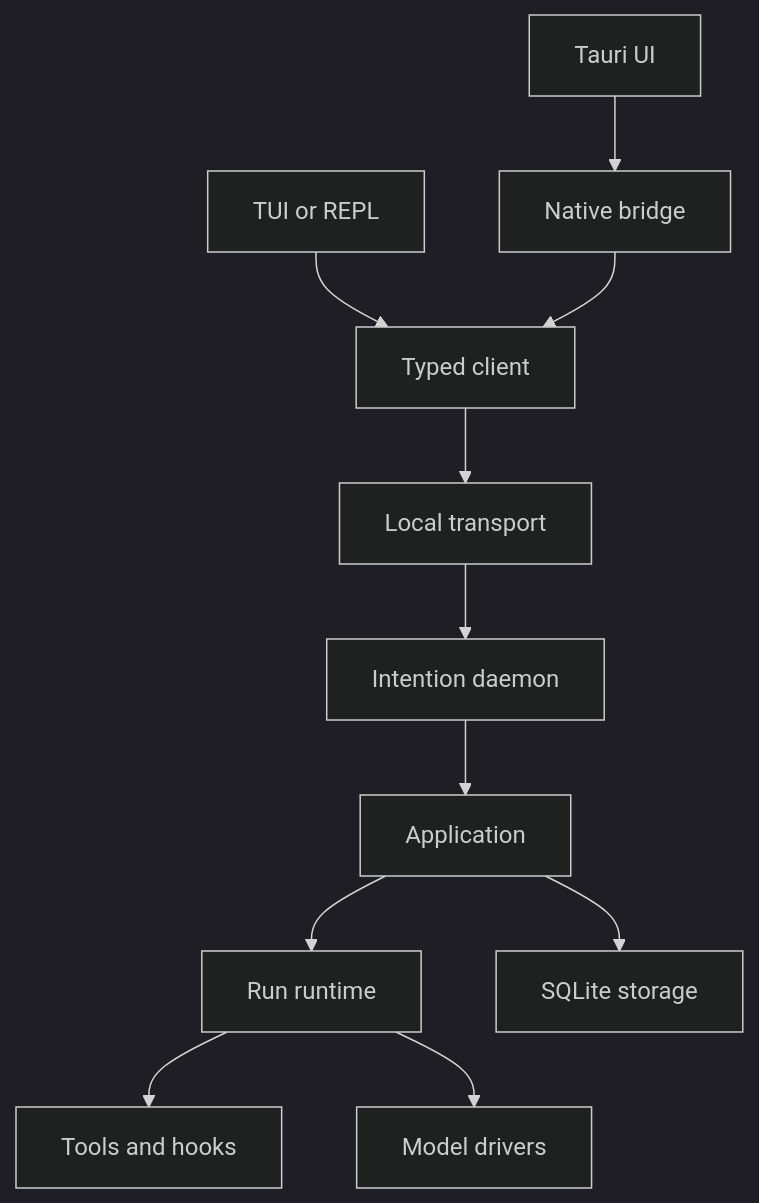
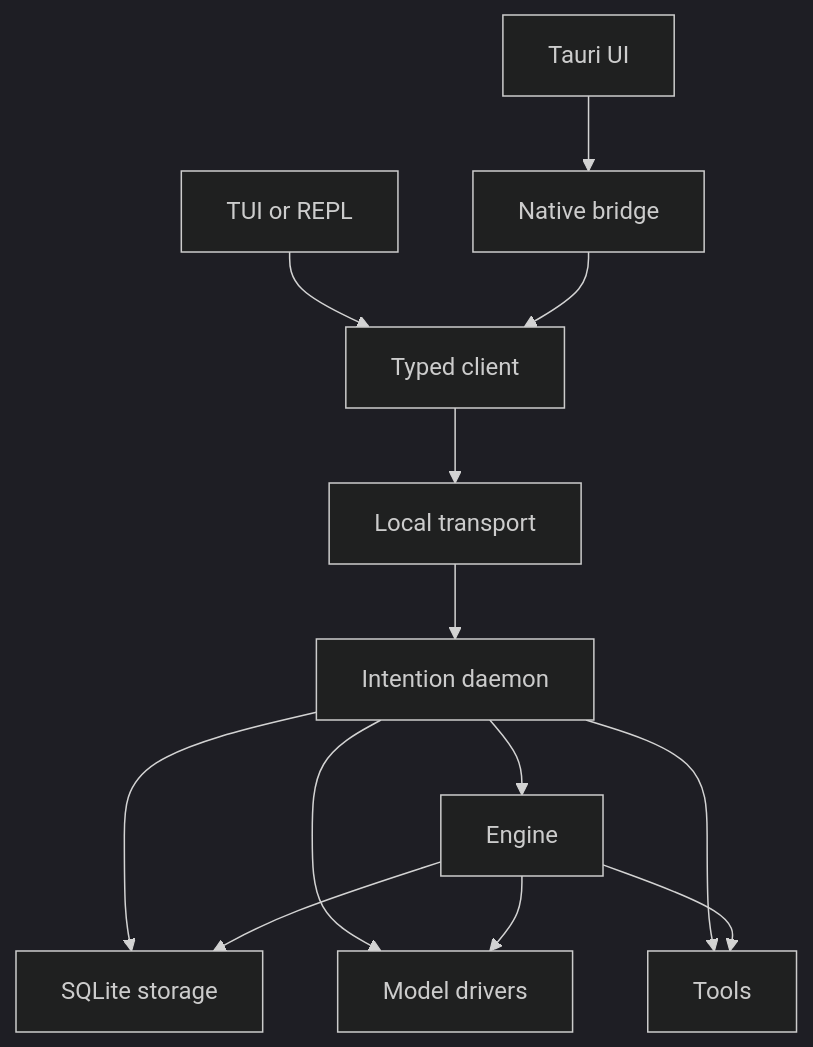
The first of 2 diagrams in docs/intention-relay/architecture/README.md (y0tsy/intention-relay), drawn with Mermaid (dark theme) before and after one commit. The commit also changed other lines of this file and 288 other files, not shown here.

````diff
--- a/docs/intention-relay/architecture/README.md
+++ b/docs/intention-relay/architecture/README.md
@@ -22,13 +21,15 @@
 ```mermaid
 flowchart TD
   UI[Tauri UI] --> BR[Native bridge]
   TUI[TUI or REPL] --> CL[Typed client]
   BR --> CL
   CL --> TR[Local transport]
   TR --> DM[Intention daemon]
-  DM --> AP[Application]
-  AP --> RT[Run runtime]
-  AP --> ST[SQLite storage]
-  RT --> TL[Tools and hooks]
-  RT --> MD[Model drivers]
+  DM --> EN[Engine]
+  DM --> ST[SQLite storage]
+  DM --> MD[Model drivers]
+  DM --> TL[Tools]
+  EN --> ST
+  EN --> MD
+  EN --> TL
 ```
````
